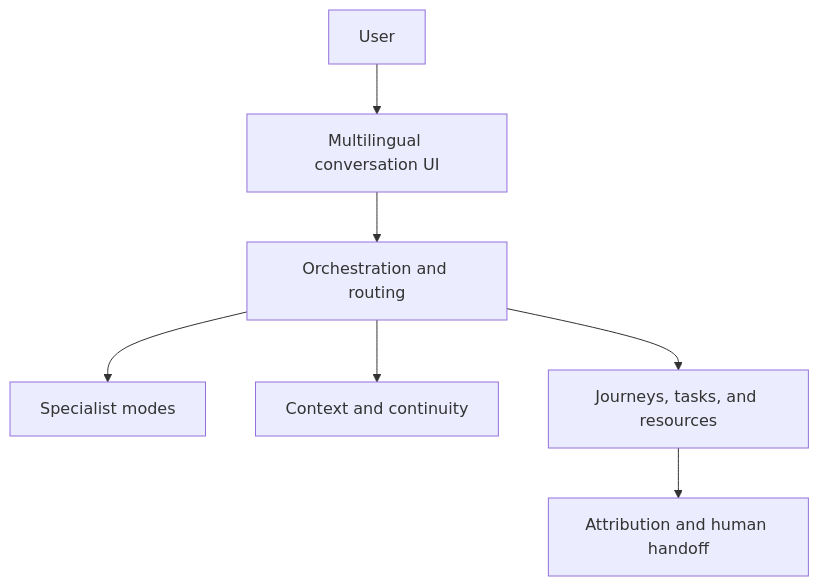
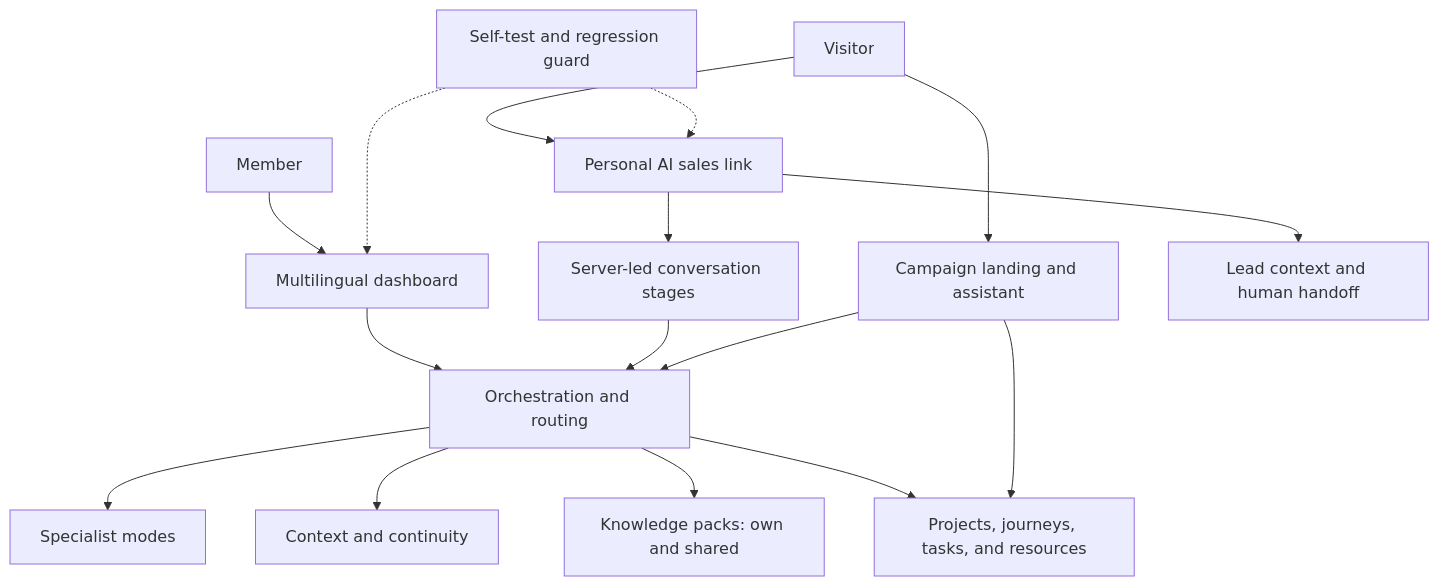
One commit to datamindly-collab/talktolorenzo-showcase changed the diagram in README.md. Above: the diagram before and after it, drawn with Mermaid. The commit also changed other lines of this file and 4 other files, not shown here.

First line of the commit message:
Docs: autumn 2026 update – sales links, knowledge sharing, self-test & guard, 60-Day Accelerator, trilingual delivery

````diff
--- a/README.md
+++ b/README.md
@@ -49,9 +107,18 @@
 ```mermaid
 flowchart TD
-    U["User"] --> UI["Multilingual conversation UI"]
+    U["Member"] --> UI["Multilingual dashboard"]
+    V["Visitor"] --> SL["Personal AI sales link"]
+    V --> CP["Campaign landing and assistant"]
     UI --> O["Orchestration and routing"]
+    SL --> F["Server-led conversation stages"]
+    F --> O
+    CP --> O
     O --> S["Specialist modes"]
     O --> M["Context and continuity"]
-    O --> W["Journeys, tasks, and resources"]
-    W --> H["Attribution and human handoff"]
+    O --> K["Knowledge packs: own and shared"]
+    O --> W["Projects, journeys, tasks, and resources"]
+    SL --> H["Lead context and human handoff"]
+    CP --> W
+    Q["Self-test and regression guard"] -.-> SL
+    Q -.-> UI
 ```
````
